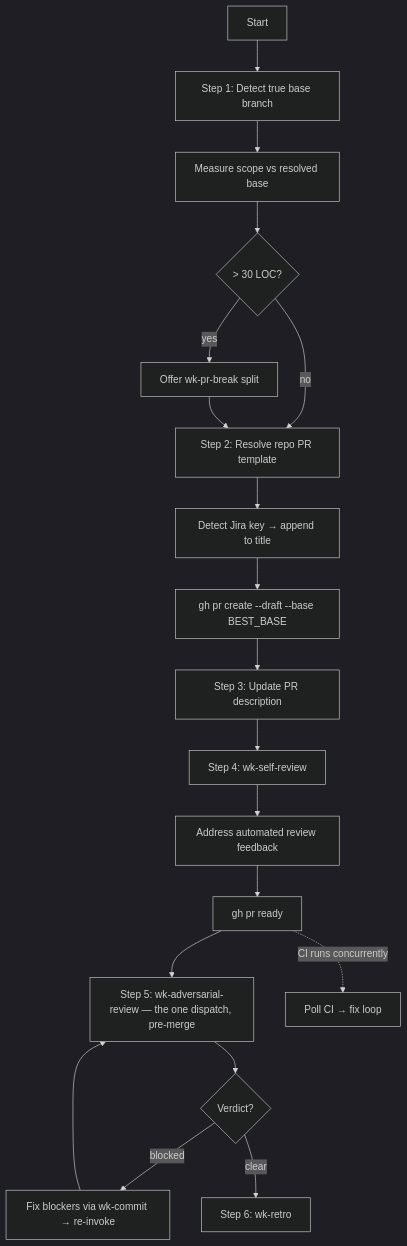
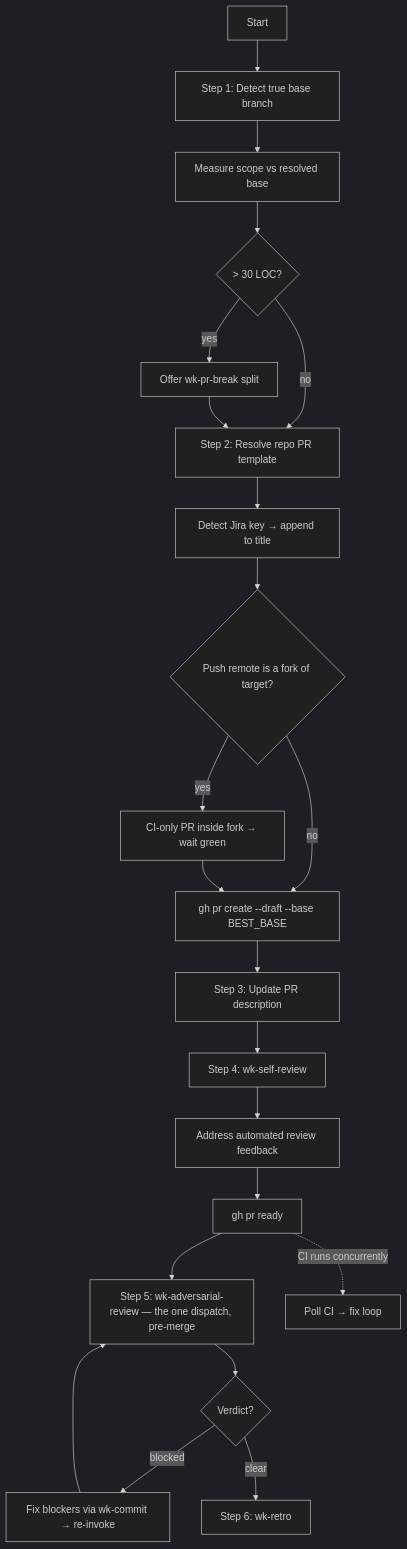
The diagram in skills/pr/README.md (whizzzkid/skills), drawn with Mermaid (dark theme) before and after one commit. The commit also changed other lines of this file and 3 other files, not shown here.

First line of the commit message:
feat(pr): 🛡️ require green fork CI before opening an upstream PR

````diff
--- a/skills/pr/README.md
+++ b/skills/pr/README.md
@@ -17,26 +17,29 @@
 ```mermaid
 flowchart TD
     A[Start] --> B[Step 1: Detect true base branch]
     B --> C[Measure scope vs resolved base]
     C --> D{> 30 LOC?}
     D -->|yes| E[Offer wk-pr-break split]
     D -->|no| I[Step 2: Resolve repo PR template]
     E --> I
     I --> J[Detect Jira key → append to title]
-    J --> K[gh pr create --draft --base BEST_BASE]
+    J --> F{Push remote is a fork of target?}
+    F -->|yes| FC[CI-only PR inside fork → wait green]
+    F -->|no| K[gh pr create --draft --base BEST_BASE]
+    FC --> K
     K --> L[Step 3: Update PR description]
     L --> P[Step 4: wk-self-review]
     P --> Q[Address automated review feedback]
     Q --> S[gh pr ready]
     S --> R[Step 5: wk-adversarial-review — the one dispatch, pre-merge]
     S -.->|CI runs concurrently| M[Poll CI → fix loop]
     R --> G{Verdict?}
     G -->|blocked| H[Fix blockers via wk-commit → re-invoke]
     H --> R
     G -->|clear| T[Step 6: wk-retro]
     click E href "https://github.com/whizzzkid/skills/blob/main/skills/pr-break/README.md" _blank
     click H href "https://github.com/whizzzkid/skills/blob/main/skills/commit/README.md" _blank
     click P href "https://github.com/whizzzkid/skills/blob/main/skills/self-review/README.md" _blank
     click R href "https://github.com/whizzzkid/skills/blob/main/skills/adversarial-review/README.md" _blank
     click T href "https://github.com/whizzzkid/skills/blob/main/skills/retro/README.md" _blank
 ```
````
